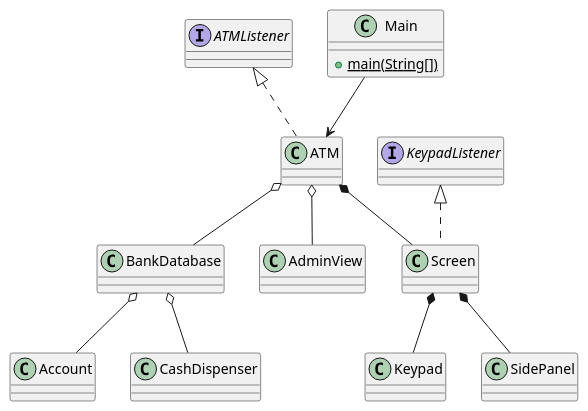
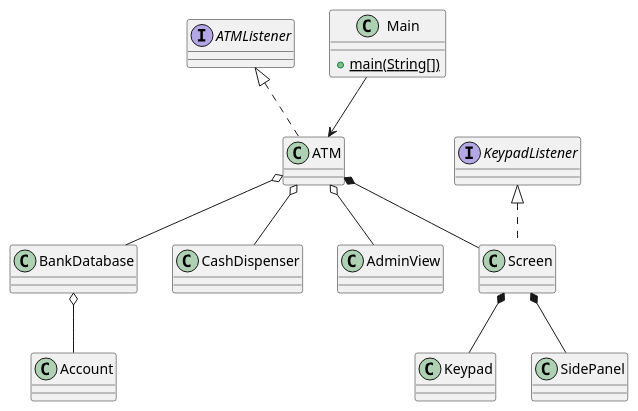
Before and after one commit to Halfpipe-SD/ATM: the diagram in diagrams/class.plantuml, drawn with PlantUML. The commit also changed 1 other file, not shown here.

Commit message:
#11 Updated big picture class diagram

```diff
--- a/diagrams/class.plantuml
+++ b/diagrams/class.plantuml
@@ -1,32 +1,37 @@
 @startuml Klassendiagram
 
 interface ATMListener
 interface KeypadListener
 
 class Main {
   {static} +main(String[])
 }
 class ATM implements ATMListener
 class BankDatabase
 class Account 
 class Keypad 
 class CashDispenser
 class Screen implements KeypadListener
 class SidePanel 
 class AdminView 
 
 Main --> ATM
-ATM o-- BankDatabase
-ATM *-- Screen
-ATM o-- AdminView
-BankDatabase o-- Account
-BankDatabase o-- CashDispenser
+
 Screen *-- Keypad
 Screen *-- SidePanel
+
+BankDatabase o-- Account
+
+ATM o-- BankDatabase
+ATM o-- CashDispenser
+ATM o-- AdminView
+ATM *-- Screen
+
+
 
 ' class InvalidModeException extends Exception
 ' class InvalidTransactionException extends Exception
 ' class LoginFailedException extends Exception
 
 
 @enduml
```
